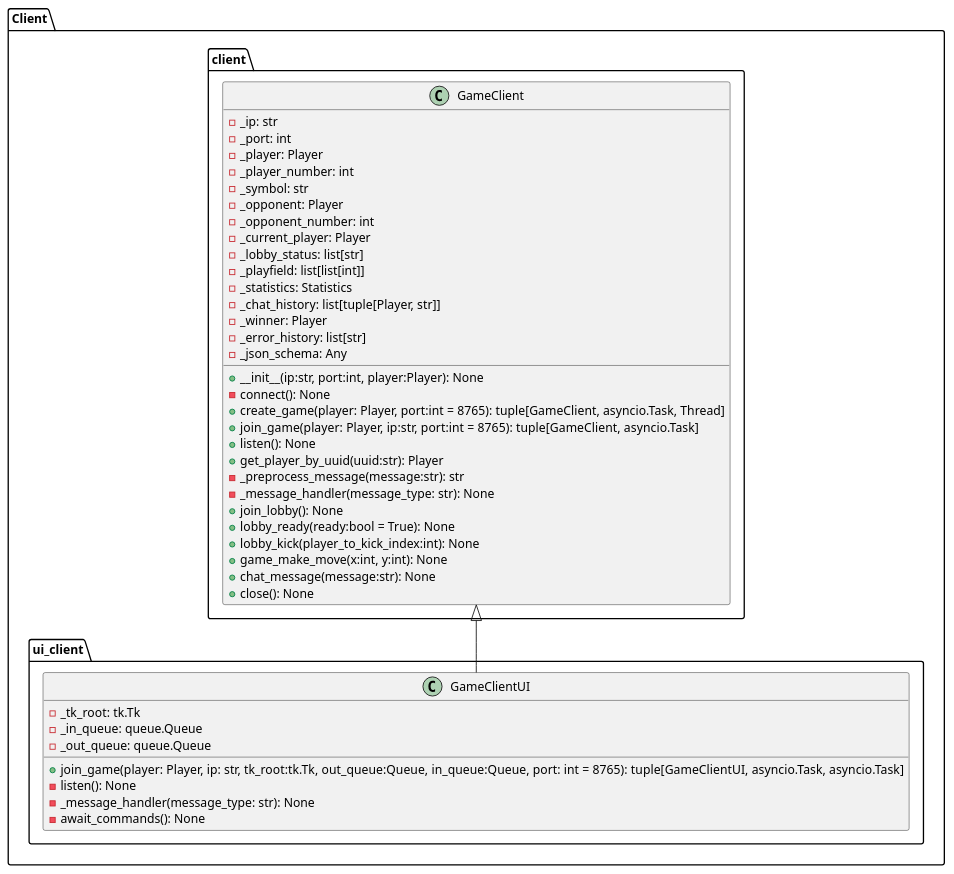
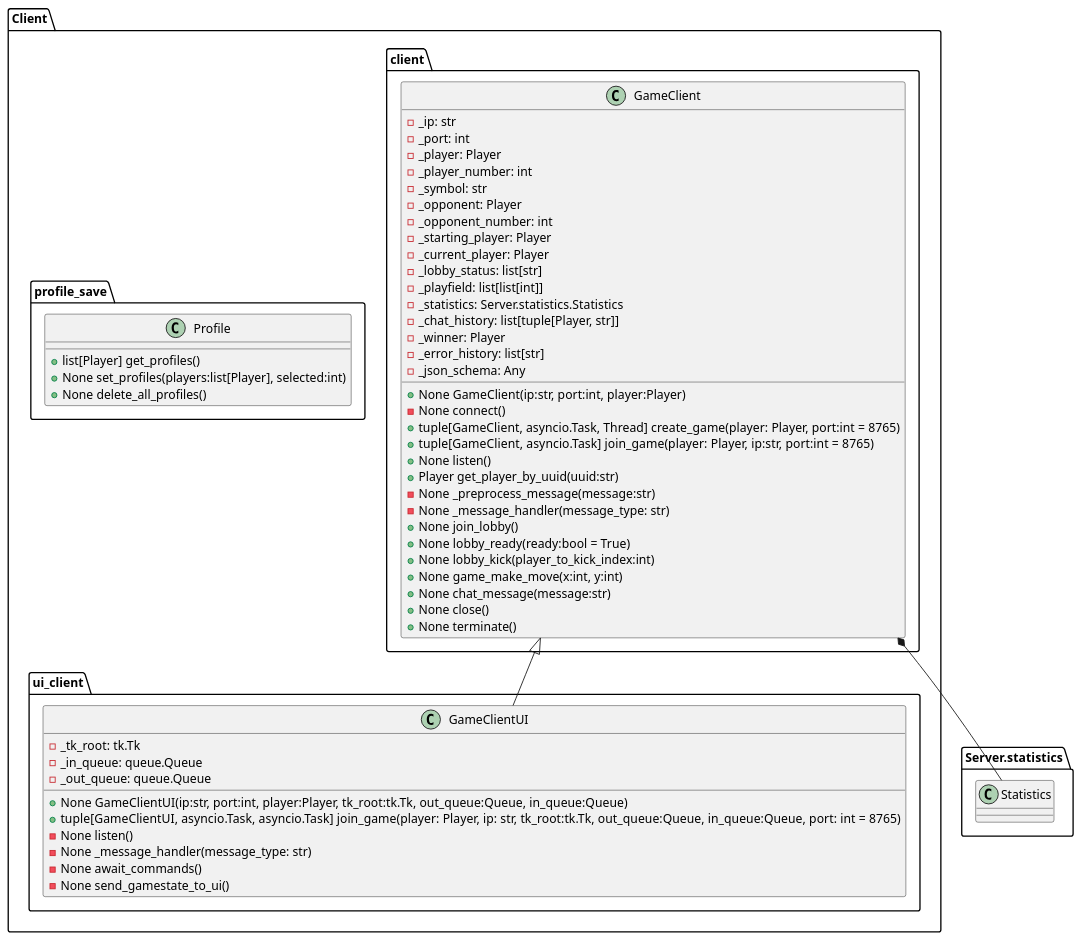
The diagram in docs/class_diagrams/client.puml (TINF21CS1/TicTacToeKojote), drawn with PlantUML before and after one commit. The commit also changed 1 other file, not shown here.

Commit message:
Docs(class-diagrams): Added class diagrams for AI and modified client diagram

```diff
--- a/docs/class_diagrams/client.puml
+++ b/docs/class_diagrams/client.puml
@@ -1,47 +1,63 @@
 @startuml Client
 !pragma useIntermediatePackages false
 
 class Client.client.GameClient {
-  - _ip: str
-  - _port: int
-  - _player: Player
-  - _player_number: int
-  - _symbol: str
-  - _opponent: Player
-  - _opponent_number: int
-  - _current_player: Player
-  - _lobby_status: list[str]
-  - _playfield: list[list[int]]
-  - _statistics: Statistics
-  - _chat_history: list[tuple[Player, str]]
-  - _winner: Player
-  - _error_history: list[str]
-  - _json_schema: Any
-  + __init__(ip:str, port:int, player:Player): None
-  - connect(): None
-  + create_game(player: Player, port:int = 8765): tuple[GameClient, asyncio.Task, Thread]
-  + join_game(player: Player, ip:str, port:int = 8765): tuple[GameClient, asyncio.Task]
-  + listen(): None
-  + get_player_by_uuid(uuid:str): Player
-  - _preprocess_message(message:str): str
-  - _message_handler(message_type: str): None
-  + join_lobby(): None
-  + lobby_ready(ready:bool = True): None
-  + lobby_kick(player_to_kick_index:int): None
-  + game_make_move(x:int, y:int): None
-  + chat_message(message:str): None
-  + close(): None
+    - _ip: str
+    - _port: int
+    - _player: Player
+    - _player_number: int
+    - _symbol: str
+    - _opponent: Player
+    - _opponent_number: int
+    - _starting_player: Player
+    - _current_player: Player
+    - _lobby_status: list[str]
+    - _playfield: list[list[int]]
+    - _statistics: Server.statistics.Statistics
+    - _chat_history: list[tuple[Player, str]]
+    - _winner: Player
+    - _error_history: list[str]
+    - _json_schema: Any
+
+    + None GameClient(ip:str, port:int, player:Player)
+    - None connect()
+    + tuple[GameClient, asyncio.Task, Thread] create_game(player: Player, port:int = 8765)
+    + tuple[GameClient, asyncio.Task] join_game(player: Player, ip:str, port:int = 8765)
+    + None listen()
+    + Player get_player_by_uuid(uuid:str)
+    - None _preprocess_message(message:str)
+    - None _message_handler(message_type: str)
+    + None join_lobby()
+    + None lobby_ready(ready:bool = True)
+    + None lobby_kick(player_to_kick_index:int)
+    + None game_make_move(x:int, y:int)
+    + None chat_message(message:str)
+    + None close()
+    + None terminate()
 }
 
 class Client.ui_client.GameClientUI {
-  - _tk_root: tk.Tk
-  - _in_queue: queue.Queue
-  - _out_queue: queue.Queue
-  + join_game(player: Player, ip: str, tk_root:tk.Tk, out_queue:Queue, in_queue:Queue, port: int = 8765): tuple[GameClientUI, asyncio.Task, asyncio.Task]
-  - listen(): None
-  - _message_handler(message_type: str): None
-  - await_commands(): None
+    - _tk_root: tk.Tk
+    - _in_queue: queue.Queue
+    - _out_queue: queue.Queue
+
+    + None GameClientUI(ip:str, port:int, player:Player, tk_root:tk.Tk, out_queue:Queue, in_queue:Queue)
+    + tuple[GameClientUI, asyncio.Task, asyncio.Task] join_game(player: Player, ip: str, tk_root:tk.Tk, out_queue:Queue, in_queue:Queue, port: int = 8765)
+    - None listen()
+    - None _message_handler(message_type: str)
+    - None await_commands()
+    - None send_gamestate_to_ui()
+}
+
+class Client.profile_save.Profile {
+    + list[Player] get_profiles()
+    + None set_profiles(players:list[Player], selected:int)
+    + None delete_all_profiles()
+}
+
+class Server.statistics.Statistics {
 }
 
 Client.client.GameClient <|-- Client.ui_client.GameClientUI
+Client.client.GameClient *-- Server.statistics.Statistics
 @enduml
```
